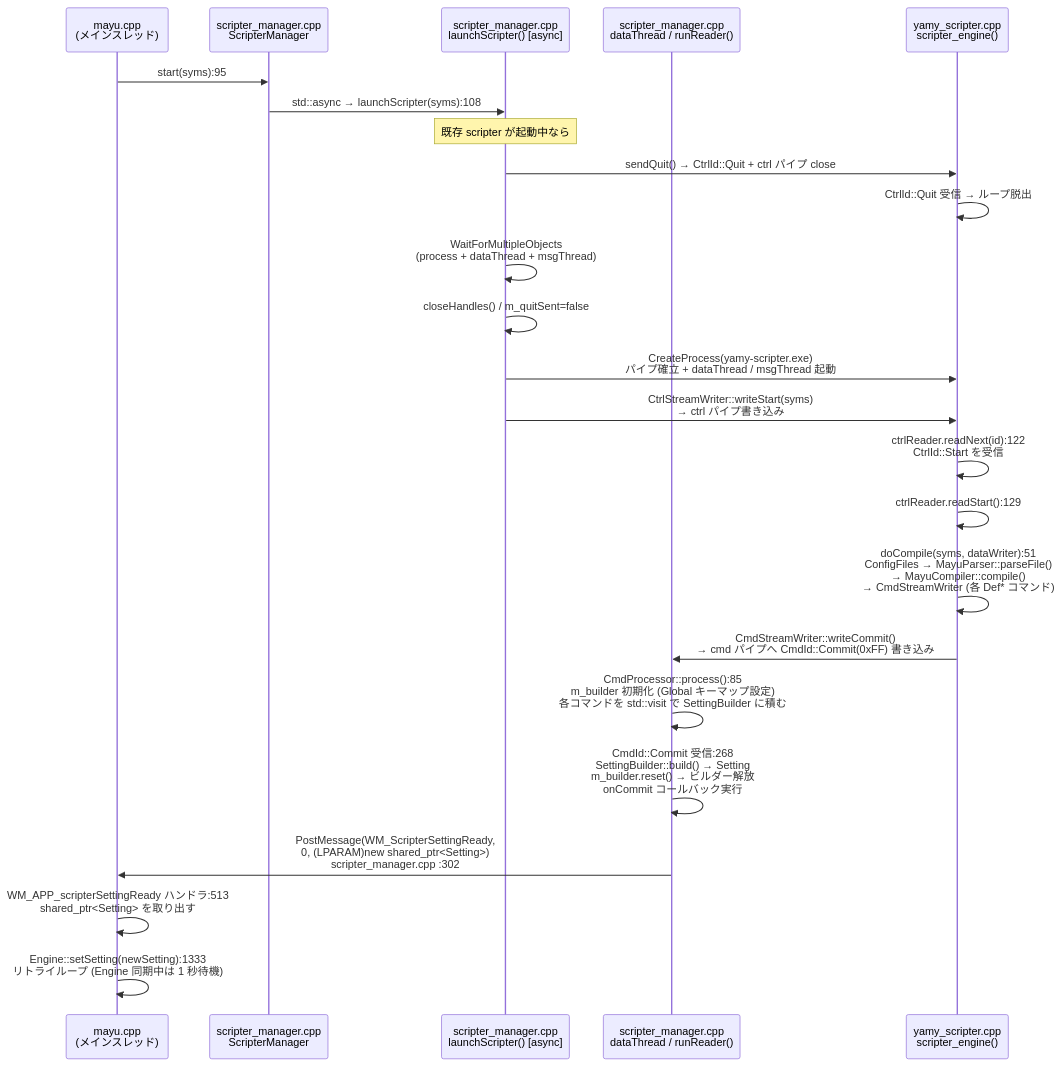
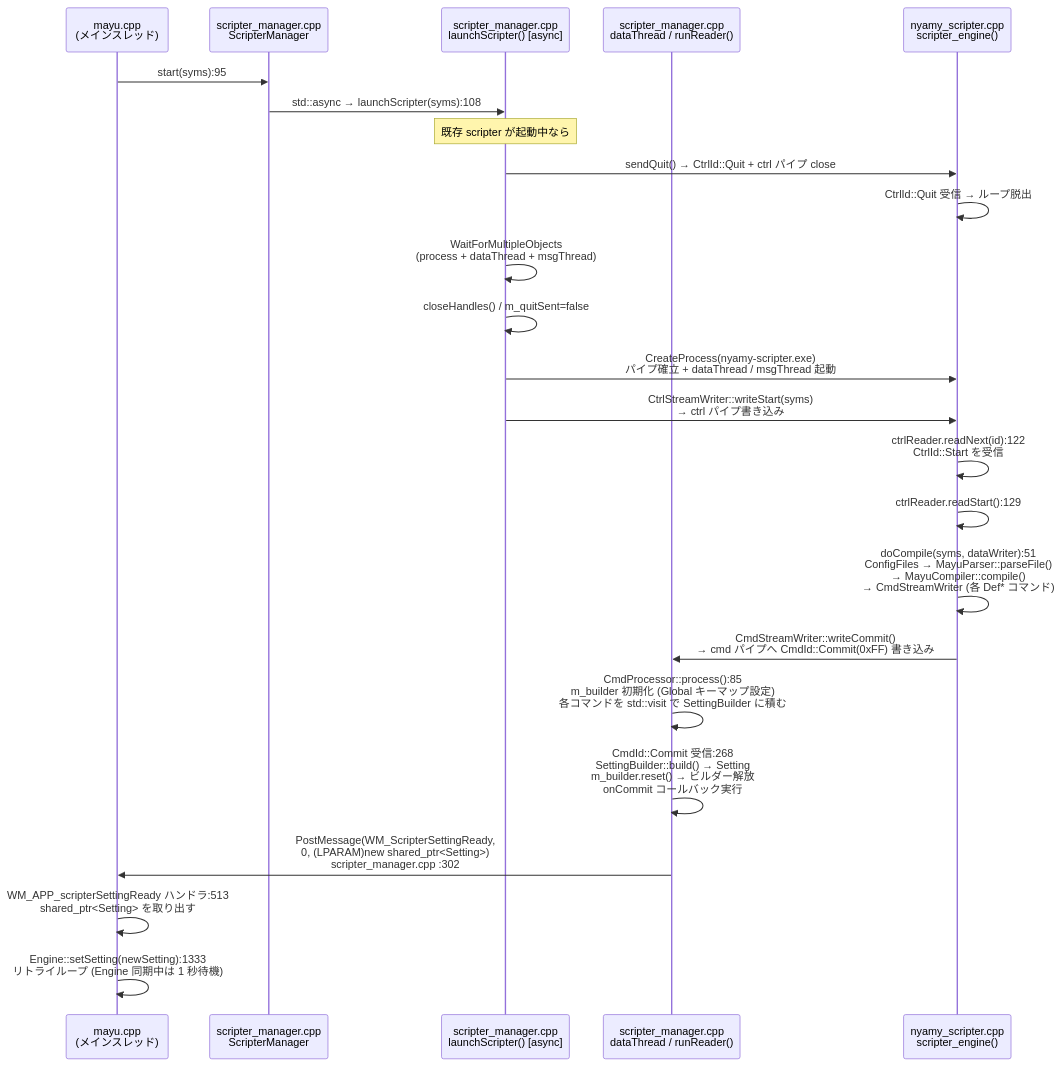
One commit to vmi/nyamy changed the third of 5 diagrams in doc/event-flow.md. Above: the diagram before and after it, drawn with Mermaid. The commit also changed other lines of this file and 80 other files, not shown here.

````diff
--- a/doc/event-flow.md
+++ b/doc/event-flow.md
@@ -197,36 +197,36 @@
 ```mermaid
 ---
 config:
   layout: elk
 ---
 sequenceDiagram
     participant mayu as mayu.cpp<br/>(メインスレッド)
     participant sm as scripter_manager.cpp<br/>ScripterManager
     participant async as scripter_manager.cpp<br/>launchScripter() [async]
     participant dt as scripter_manager.cpp<br/>dataThread / runReader()
-    participant sc as yamy_scripter.cpp<br/>scripter_engine()
+    participant sc as nyamy_scripter.cpp<br/>scripter_engine()
 
     mayu->>sm: start(syms):95
     sm->>async: std::async → launchScripter(syms):108
 
     Note over async: 既存 scripter が起動中なら
     async->>sc: sendQuit() → CtrlId::Quit + ctrl パイプ close
     sc->>sc: CtrlId::Quit 受信 → ループ脱出
     async->>async: WaitForMultipleObjects<br/>(process + dataThread + msgThread)
     async->>async: closeHandles() / m_quitSent=false
 
-    async->>sc: CreateProcess(yamy-scripter.exe)<br/>パイプ確立 + dataThread / msgThread 起動
+    async->>sc: CreateProcess(nyamy-scripter.exe)<br/>パイプ確立 + dataThread / msgThread 起動
     async->>sc: CtrlStreamWriter::writeStart(syms)<br/>→ ctrl パイプ書き込み
 
     sc->>sc: ctrlReader.readNext(id):122<br/>CtrlId::Start を受信
     sc->>sc: ctrlReader.readStart():129
     sc->>sc: doCompile(syms, dataWriter):51<br/>ConfigFiles → MayuParser::parseFile()<br/>→ MayuCompiler::compile()<br/>→ CmdStreamWriter (各 Def* コマンド)
     sc->>dt: CmdStreamWriter::writeCommit()<br/>→ cmd パイプへ CmdId::Commit(0xFF) 書き込み
 
     dt->>dt: CmdProcessor::process():85<br/>m_builder 初期化 (Global キーマップ設定)<br/>各コマンドを std::visit で SettingBuilder に積む
     dt->>dt: CmdId::Commit 受信:268<br/>SettingBuilder::build() → Setting<br/>m_builder.reset() → ビルダー解放<br/>onCommit コールバック実行
     dt->>mayu: PostMessage(WM_ScripterSettingReady,<br/>0, (LPARAM)new shared_ptr<Setting>)<br/>scripter_manager.cpp :302
 
     mayu->>mayu: WM_APP_scripterSettingReady ハンドラ:513<br/>shared_ptr<Setting> を取り出す
     mayu->>mayu: Engine::setSetting(newSetting):1333<br/>リトライループ (Engine 同期中は 1 秒待機)
 ```
````
